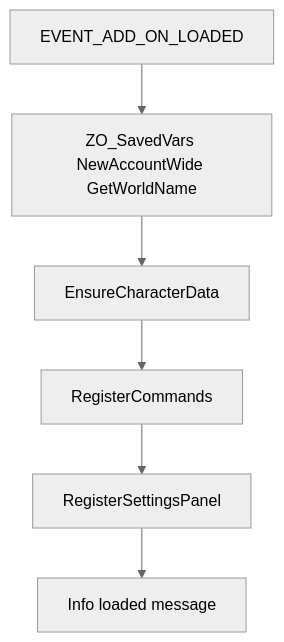
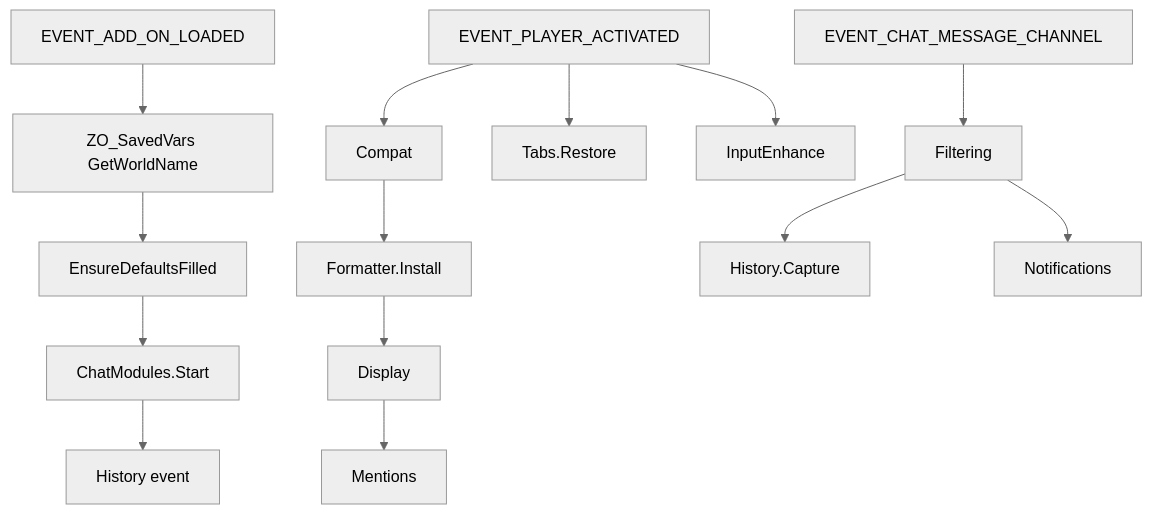
The diagram in docs/ARCHITECTURE.md (solaegis/eso-chat), drawn with Mermaid (neutral theme) before and after one commit. The commit also changed other lines of this file and 59 other files, not shown here.

First line of the commit message:
feat(chat): implement EsoChat tabs, notes, and input history

````diff
--- a/docs/ARCHITECTURE.md
+++ b/docs/ARCHITECTURE.md
@@ -17,8 +17,16 @@
 ```mermaid
 flowchart TD
-  load[EVENT_ADD_ON_LOADED] --> sv[ZO_SavedVars NewAccountWide GetWorldName]
-  sv --> char[EnsureCharacterData]
-  char --> cmd[RegisterCommands]
-  cmd --> lam[RegisterSettingsPanel]
-  lam --> ready[Info loaded message]
+  load[EVENT_ADD_ON_LOADED] --> sv[ZO_SavedVars GetWorldName]
+  sv --> fill[EnsureDefaultsFilled]
+  fill --> start[ChatModules.Start]
+  start --> hist[History event]
+  activated[EVENT_PLAYER_ACTIVATED] --> compat[Compat]
+  compat --> fmt[Formatter.Install]
+  activated --> tabs[Tabs.Restore]
+  activated --> input[InputEnhance]
+  event[EVENT_CHAT_MESSAGE_CHANNEL] --> filter[Filtering]
+  filter --> history[History.Capture]
+  filter --> notify[Notifications]
+  fmt --> display[Display]
+  display --> mentions[Mentions]
 ```
````
